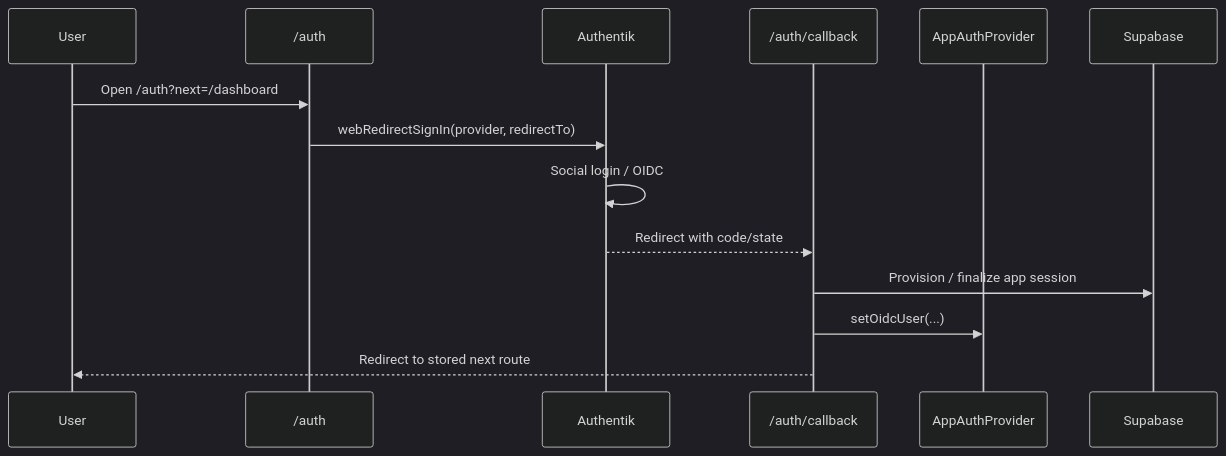
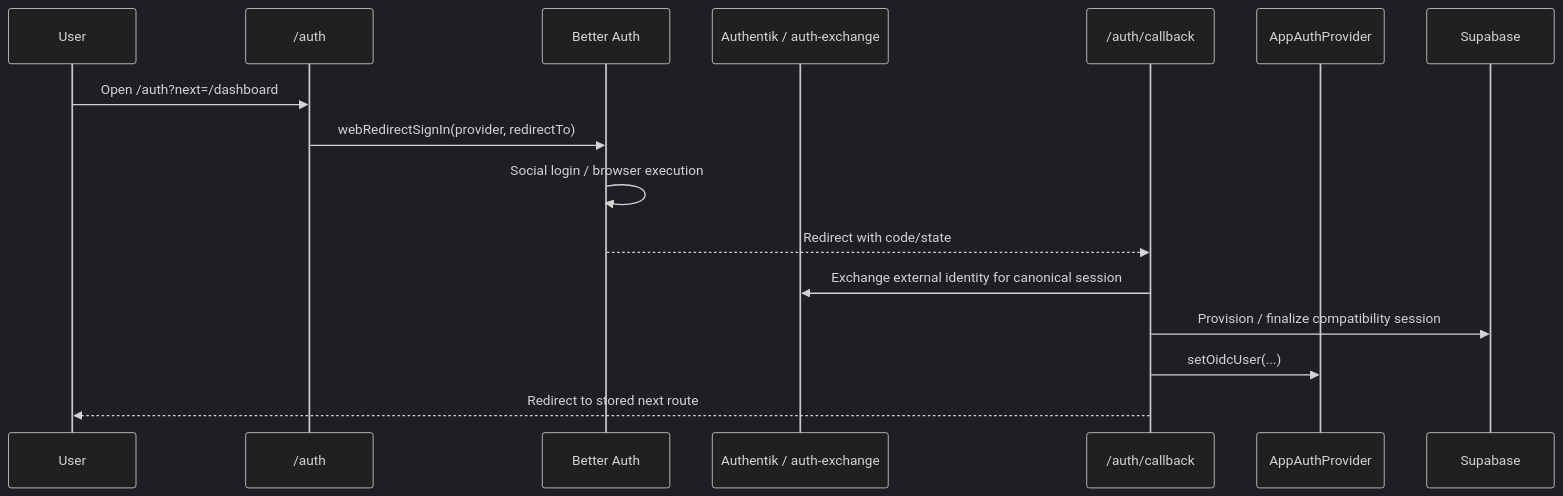
The first of 2 diagrams in apps/docs/docs/Architecture/authentication-and-session-flow.md (alternun-development/alternun), drawn with Mermaid (dark theme) before and after one commit. The commit also changed other lines of this file and 27 other files, not shown here.

Commit message:
fix(auth): sync canonical docs and mobile build

````diff
--- a/apps/docs/docs/Architecture/authentication-and-session-flow.md
+++ b/apps/docs/docs/Architecture/authentication-and-session-flow.md
@@ -103,17 +119,19 @@
 ```mermaid
 sequenceDiagram
   participant User
   participant App as /auth
-  participant Auth as Authentik
+  participant Exec as Better Auth
+  participant Issuer as Authentik / auth-exchange
   participant Callback as /auth/callback
   participant Provider as AppAuthProvider
   participant Supabase as Supabase
 
   User->>App: Open /auth?next=/dashboard
-  App->>Auth: webRedirectSignIn(provider, redirectTo)
-  Auth->>Auth: Social login / OIDC
-  Auth-->>Callback: Redirect with code/state
-  Callback->>Supabase: Provision / finalize app session
+  App->>Exec: webRedirectSignIn(provider, redirectTo)
+  Exec->>Exec: Social login / browser execution
+  Exec-->>Callback: Redirect with code/state
+  Callback->>Issuer: Exchange external identity for canonical session
+  Callback->>Supabase: Provision / finalize compatibility session
   Callback->>Provider: setOidcUser(...)
   Callback-->>User: Redirect to stored next route
 ```
````
